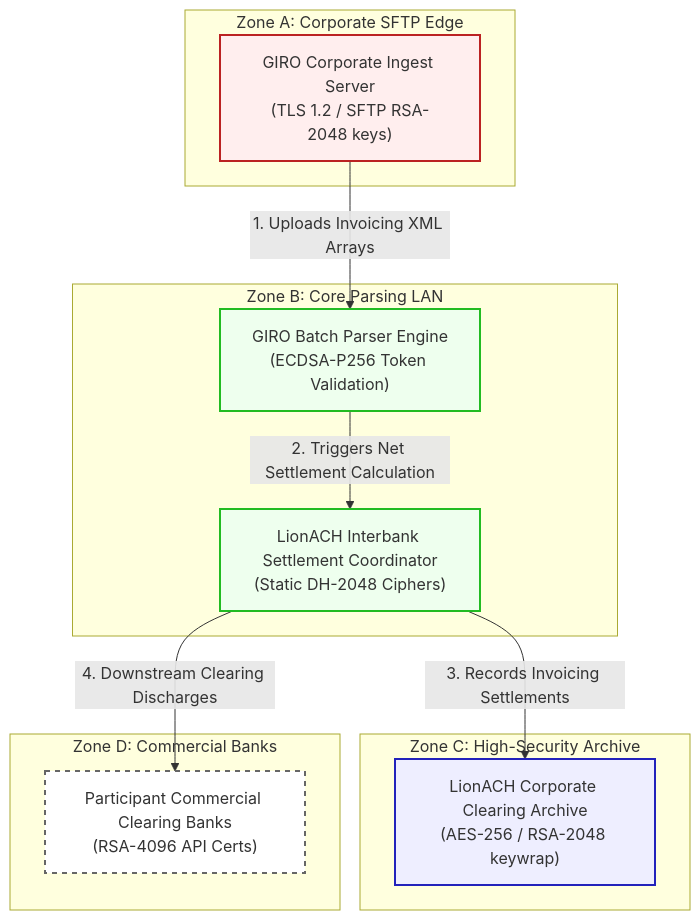
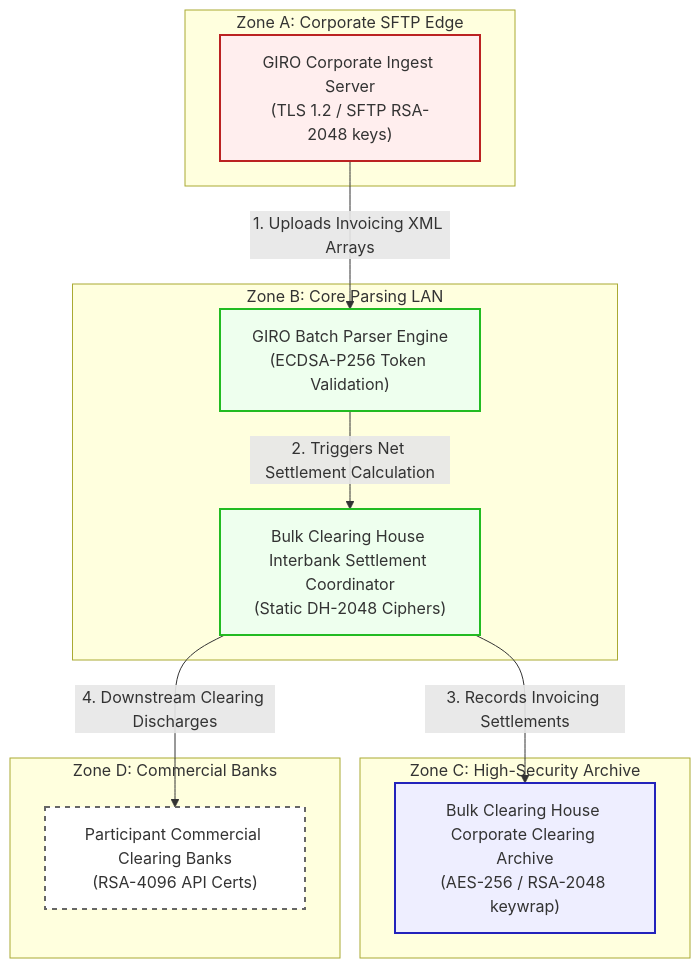
One commit to justinwkUKM/AETHER-PQC changed the diagram in sample_artifacts/scenarios/20-bulk-giro-clearing/architecture.md. Above: the diagram before and after it, drawn with Mermaid. The commit also changed other lines of this file and 187 other files, not shown here.

````diff
--- a/sample_artifacts/scenarios/20-bulk-giro-clearing/architecture.md
+++ b/sample_artifacts/scenarios/20-bulk-giro-clearing/architecture.md
@@ -21,38 +21,38 @@
 ```mermaid
 graph TD
   subgraph Zone_A_SFTP ["Zone A: Corporate SFTP Edge"]
     N1["GIRO Corporate Ingest Server<br/>(TLS 1.2 / SFTP RSA-2048 keys)"]
   end
 
   subgraph Zone_B_Parsing ["Zone B: Core Parsing LAN"]
     N2["GIRO Batch Parser Engine<br/>(ECDSA-P256 Token Validation)"]
-    N3["LionACH Interbank Settlement Coordinator<br/>(Static DH-2048 Ciphers)"]
+    N3["Bulk Clearing House Interbank Settlement Coordinator<br/>(Static DH-2048 Ciphers)"]
   end
 
   subgraph Zone_C_Archive ["Zone C: High-Security Archive"]
-    N4["LionACH Corporate Clearing Archive<br/>(AES-256 / RSA-2048 keywrap)"]
+    N4["Bulk Clearing House Corporate Clearing Archive<br/>(AES-256 / RSA-2048 keywrap)"]
   end
 
   subgraph Zone_D_Banks ["Zone D: Commercial Banks"]
     N5["Participant Commercial Clearing Banks<br/>(RSA-4096 API Certs)"]
   end
 
   %% Flow Connections %%
   N1 -->|1. Uploads Invoicing XML Arrays| N2
   N2 -->|2. Triggers Net Settlement Calculation| N3
   N3 -->|3. Records Invoicing Settlements| N4
   N3 -->|4. Downstream Clearing Discharges| N5
 
   %% Styling %%
   classDef dmz fill:#fee,stroke:#b22,stroke-width:2px;
   classDef core fill:#efe,stroke:#2b2,stroke-width:2px;
   classDef enclave fill:#eef,stroke:#22b,stroke-width:2px;
   classDef archive fill:#fef,stroke:#b2b,stroke-width:2px;
   classDef ext fill:#fff,stroke:#666,stroke-width:2px,stroke-dasharray: 5 5;
 
   class N1 dmz;
   class N2 core;
   class N3 core;
   class N4 enclave;
   class N5 ext;
 ```
````
